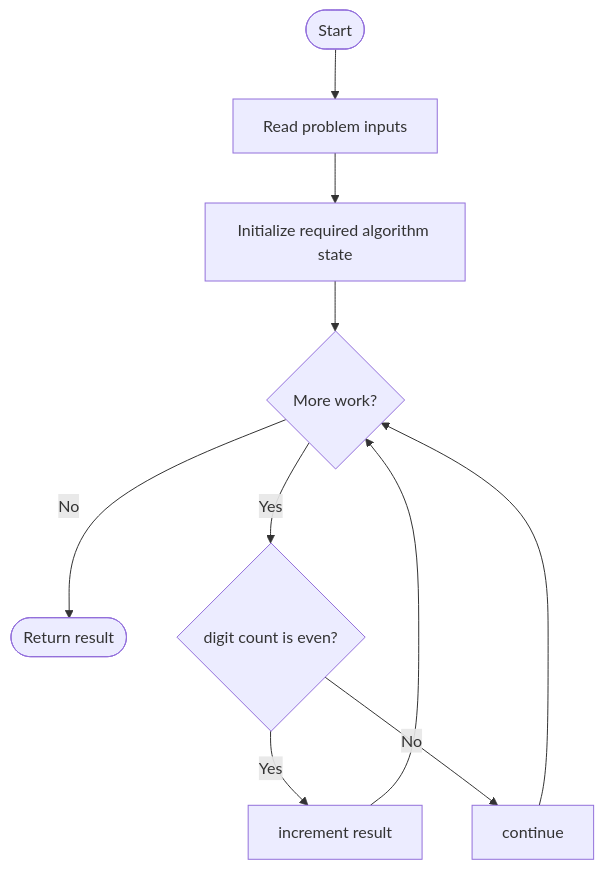
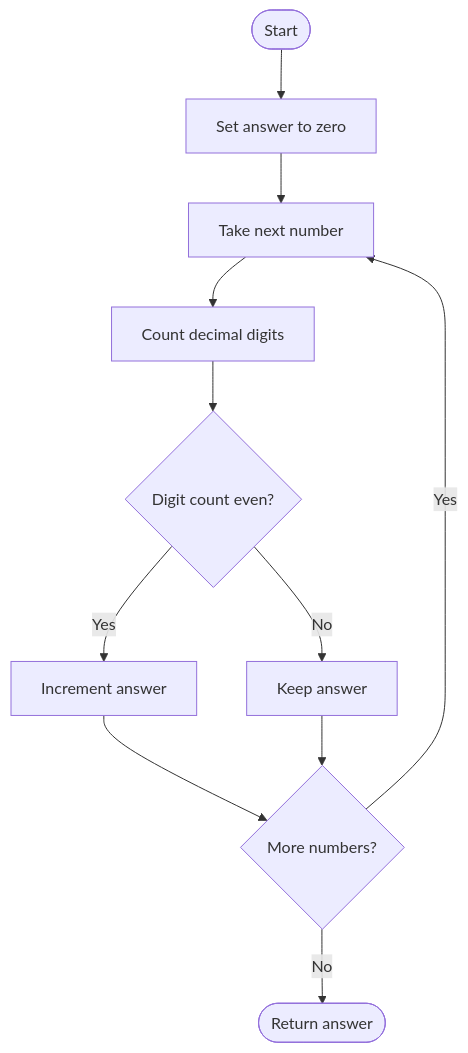
Before and after one commit to SAIDEEPBHANGE/C-CPP-Codes: the diagram in LeetCode/1295/README.md, drawn with Mermaid. The commit also changed other lines of this file and 196 other files, not shown here.

````diff
--- a/LeetCode/1295/README.md
+++ b/LeetCode/1295/README.md
@@ -13,12 +46,13 @@
 ```mermaid
 flowchart TD
-    A([Start]) --> B[Read problem inputs]
-    B --> C[Initialize required algorithm state]
-    C --> D{More work?}
-    D -- No --> Z([Return result])
-    D -- Yes --> E{digit count is even?}
-    E -- Yes --> F[increment result]
-    E -- No --> G[continue]
-    F --> D
-    G --> D
+ A([Start]) --> B[Set answer to zero]
+ B --> C[Take next number]
+ C --> D[Count decimal digits]
+ D --> E{Digit count even?}
+ E -- Yes --> F[Increment answer]
+ E -- No --> G[Keep answer]
+ F --> H{More numbers?}
+ G --> H
+ H -- Yes --> C
+ H -- No --> I([Return answer])
 ```
````
